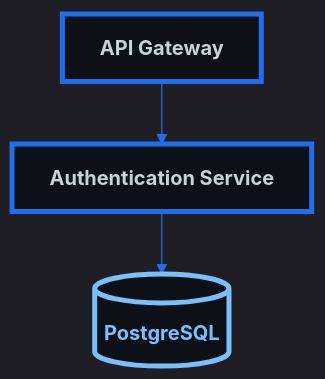
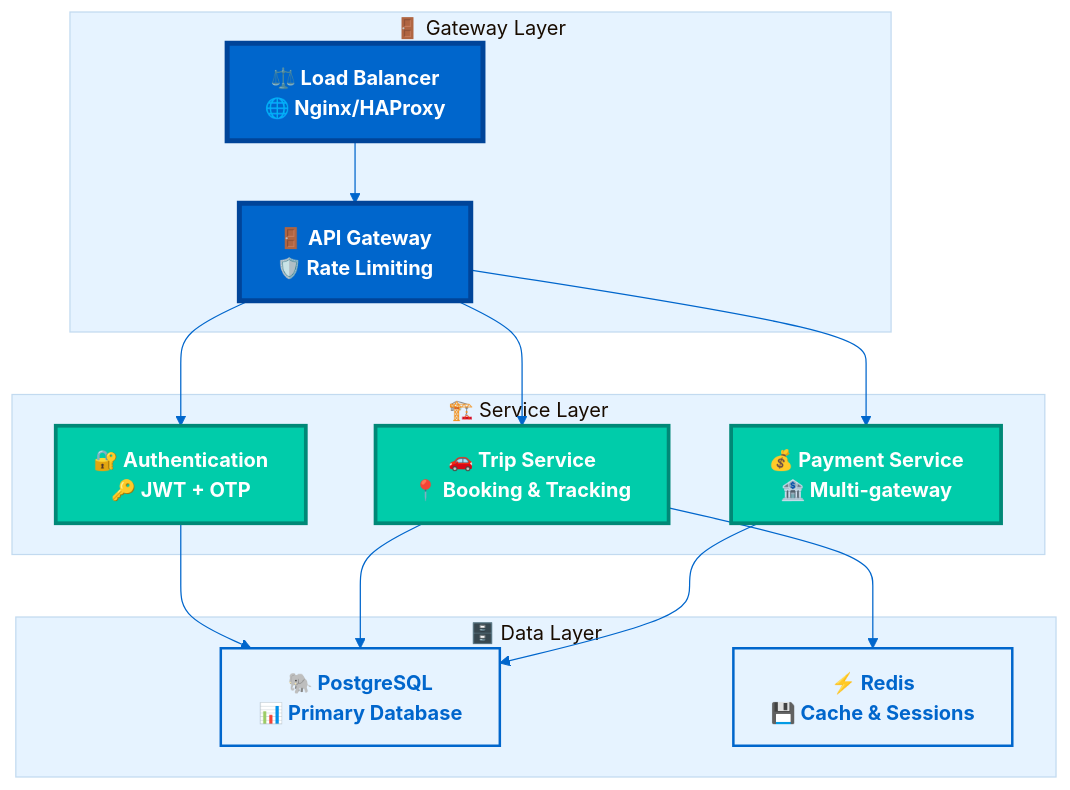
Before and after one commit to abdoElHodaky/transportapp: the first of 8 diagrams in mermaid_styling_showcase.md, drawn with Mermaid. The commit also changed other lines of this file and 2 other files, not shown here.

First line of the commit message:
📊 Comprehensive Mermaid v11+ Analysis & Documentation Update

````diff
--- a/mermaid_styling_showcase.md
+++ b/mermaid_styling_showcase.md
@@ -7,25 +17,50 @@
 ```mermaid
 %%{init: {
-  "theme": "dark",
-  "themeVariables": {
-    "primaryColor": "#0d1117",
-    "primaryTextColor": "#c9d1d9",
-    "primaryBorderColor": "#1f6feb",
-    "lineColor": "#1f6feb"
-  },
-  "flowchart": {
-    "useMaxWidth": true,
-    "htmlLabels": true
+  'theme': 'base',
+  'themeVariables': {
+    'primaryColor': '#0066cc',
+    'primaryTextColor': '#ffffff',
+    'primaryBorderColor': '#004499',
+    'lineColor': '#0066cc',
+    'secondaryColor': '#00ccaa',
+    'tertiaryColor': '#e6f3ff',
+    'background': '#ffffff',
+    'mainBkg': '#0066cc',
+    'secondBkg': '#00ccaa',
+    'tertiaryBkg': '#e6f3ff'
   }
 }}%%
 graph TB
-    A["API Gateway"] --> B["Authentication Service"]
-    B --> C[("PostgreSQL")]
+    subgraph "🚪 Gateway Layer"
+        A[⚖️ Load Balancer<br/>🌐 Nginx/HAProxy]
+        B[🚪 API Gateway<br/>🛡️ Rate Limiting]
+    end
     
-    classDef primary fill:#0d1117,stroke:#1f6feb,stroke-width:4px,color:#c9d1d9,font-weight:bold;
-    classDef database fill:#0d1117,stroke:#79c0ff,stroke-width:4px,color:#79c0ff,font-weight:bold;
+    subgraph "🏗️ Service Layer"
+        C[🔐 Authentication<br/>🔑 JWT + OTP]
+        D[🚗 Trip Service<br/>📍 Booking & Tracking]
+        E[💰 Payment Service<br/>🏦 Multi-gateway]
+    end
     
-    class A primary;
-    class B primary;
-    class C database;
+    subgraph "🗄️ Data Layer"
+        F[🐘 PostgreSQL<br/>📊 Primary Database]
+        G[⚡ Redis<br/>💾 Cache & Sessions]
+    end
+    
+    A --> B
+    B --> C
+    B --> D
+    B --> E
+    C --> F
+    D --> F
+    E --> F
+    D --> G
+    
+    classDef gateway fill:#0066cc,stroke:#004499,stroke-width:4px,color:#ffffff,font-weight:bold
+    classDef service fill:#00ccaa,stroke:#008877,stroke-width:3px,color:#ffffff,font-weight:bold
+    classDef data fill:#e6f3ff,stroke:#0066cc,stroke-width:2px,color:#0066cc,font-weight:bold
+    
+    class A,B gateway
+    class C,D,E service
+    class F,G data
 ```
````
